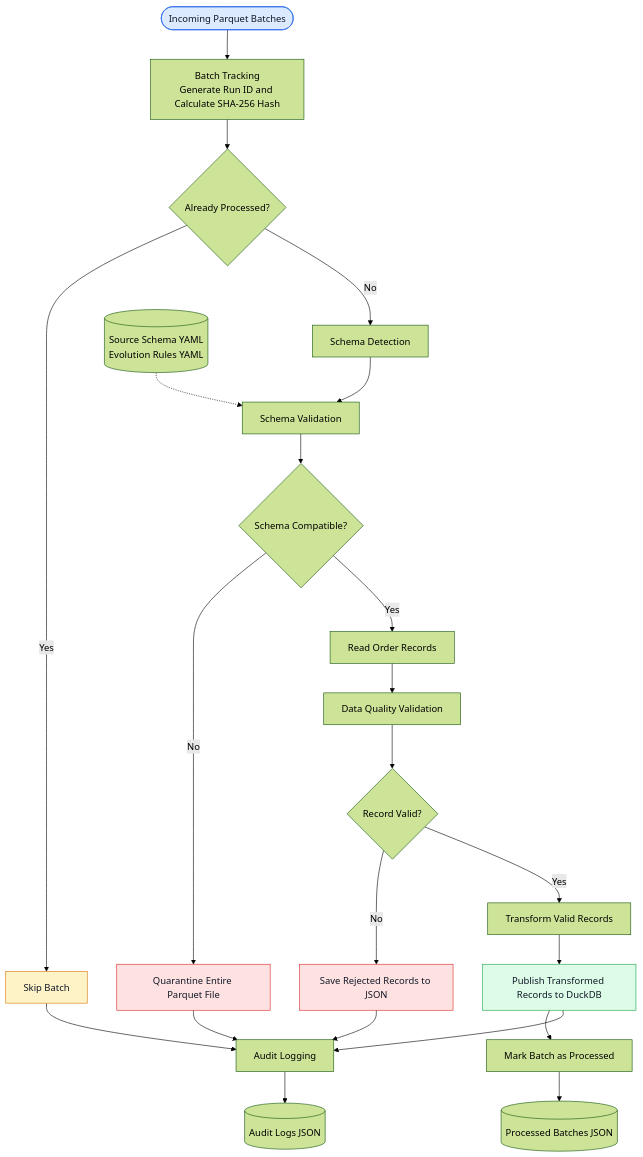
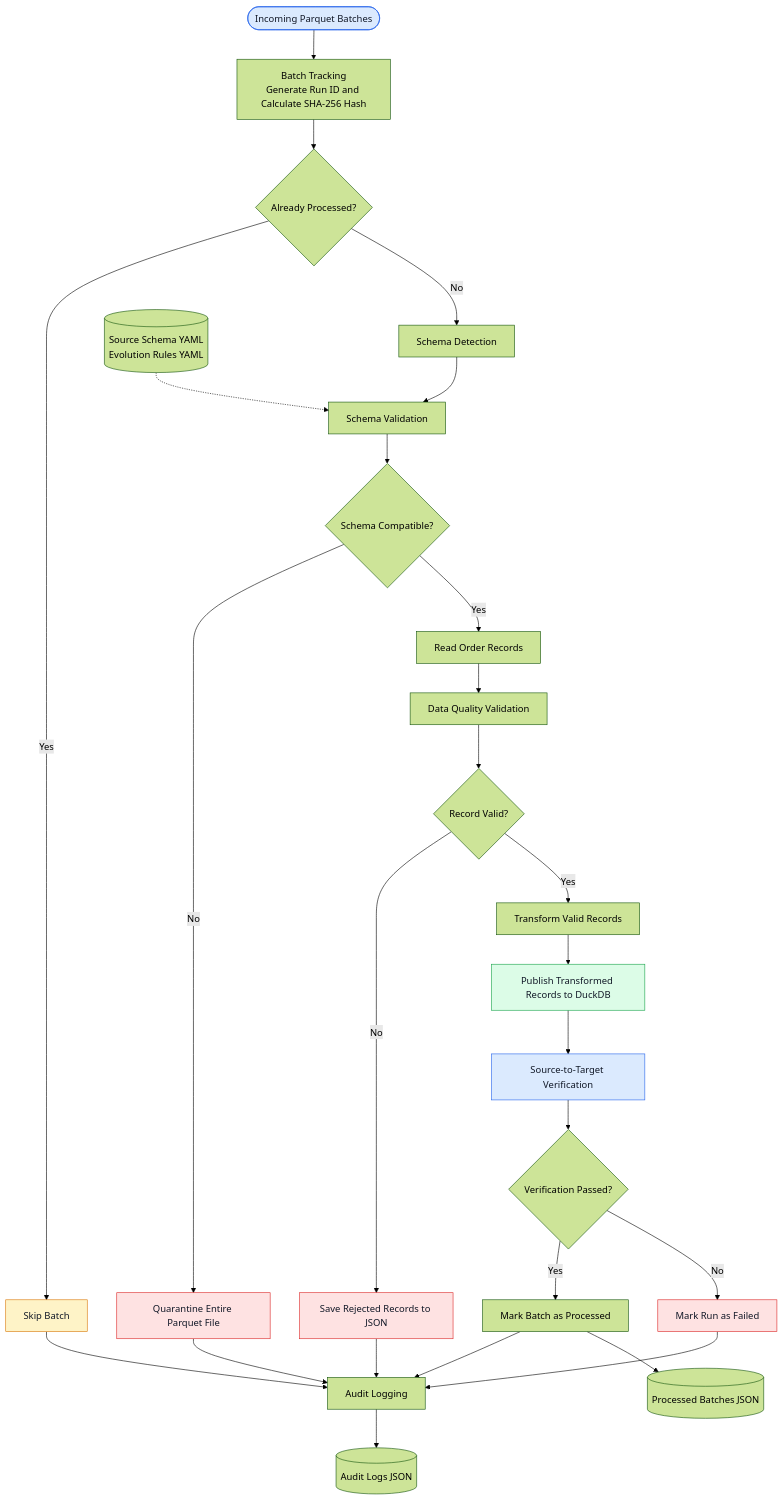
Before and after one commit to sinchananaik08/SchemaGuard: the diagram in docs/architecture.md, drawn with Mermaid (forest theme). The commit also changed other lines of this file and 3 other files, not shown here.

````diff
--- a/docs/architecture.md
+++ b/docs/architecture.md
@@ -25,41 +27,48 @@
 ```mermaid
 flowchart TD
     A(["Incoming Parquet Batches"]) --> B["Batch Tracking<br/>Generate Run ID and Calculate SHA-256 Hash"]
 
     B --> C{"Already Processed?"}
 
     C -->|Yes| S["Skip Batch"]
     C -->|No| D["Schema Detection"]
 
     D --> E["Schema Validation"]
     E --> F{"Schema Compatible?"}
 
     F -->|No| Q["Quarantine Entire Parquet File"]
     F -->|Yes| G["Read Order Records"]
 
     G --> H["Data Quality Validation"]
     H --> I{"Record Valid?"}
 
     I -->|No| R["Save Rejected Records to JSON"]
     I -->|Yes| J["Transform Valid Records"]
 
     J --> K["Publish Transformed Records to DuckDB"]
 
-    K --> L["Mark Batch as Processed"]
+    K --> V["Source-to-Target Verification"]
+    V --> W{"Verification Passed?"}
+
+    W -->|Yes| L["Mark Batch as Processed"]
+    W -->|No| X["Mark Run as Failed"]
 
     Q --> M["Audit Logging"]
     R --> M
-    K --> M
+    L --> M
+    X --> M
     S --> M
 
     N[("Source Schema YAML<br/>Evolution Rules YAML")] -.-> E
 
     M --> O[("Audit Logs JSON")]
     L --> P[("Processed Batches JSON")]
 
     style A fill:#dbeafe,stroke:#2563eb,color:#111827
     style K fill:#dcfce7,stroke:#16a34a,color:#111827
+    style V fill:#dbeafe,stroke:#2563eb,color:#111827
     style Q fill:#fee2e2,stroke:#dc2626,color:#111827
     style R fill:#fee2e2,stroke:#dc2626,color:#111827
     style S fill:#fef3c7,stroke:#d97706,color:#111827
+    style X fill:#fee2e2,stroke:#dc2626,color:#111827
 ```
````
